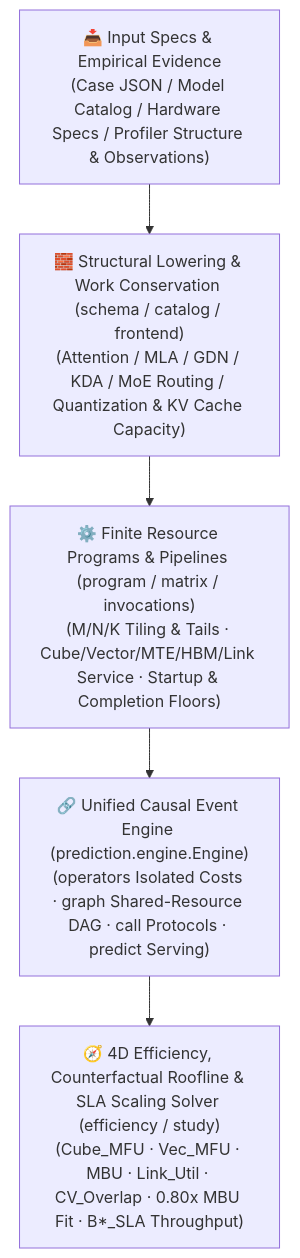
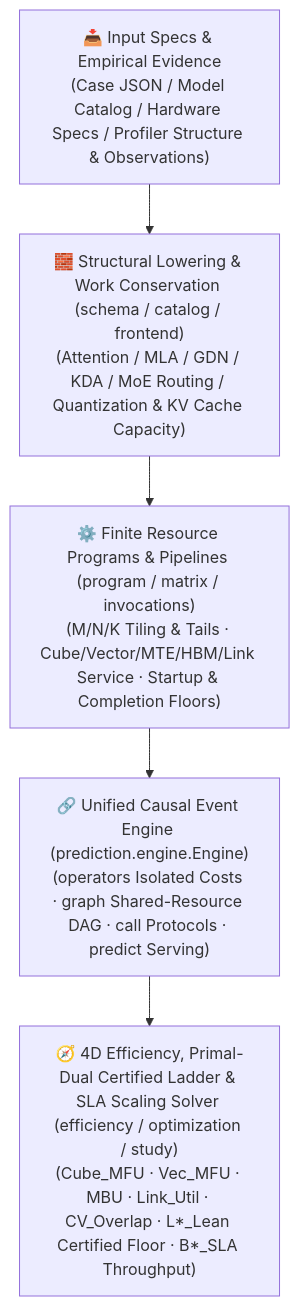
One commit to mindie-agent/sim changed the diagram in README.en.md. Above: the diagram before and after it, drawn with Mermaid. The commit also changed other lines of this file and 35 other files, not shown here.

````diff
--- a/README.en.md
+++ b/README.en.md
@@ -34,10 +34,10 @@
 ```mermaid
 flowchart TB
     Input["📥 Input Specs & Empirical Evidence<br/>(Case JSON / Model Catalog / Hardware Specs / Profiler Structure & Observations)"]
     Frontend["🧱 Structural Lowering & Work Conservation (schema / catalog / frontend)<br/>(Attention / MLA / GDN / KDA / MoE Routing / Quantization & KV Cache Capacity)"]
     Program["⚙️ Finite Resource Programs & Pipelines (program / matrix / invocations)<br/>(M/N/K Tiling & Tails · Cube/Vector/MTE/HBM/Link Service · Startup & Completion Floors)"]
     Engine["🔗 Unified Causal Event Engine (prediction.engine.Engine)<br/>(operators Isolated Costs · graph Shared-Resource DAG · call Protocols · predict Serving)"]
-    Analysis["🧭 4D Efficiency, Counterfactual Roofline & SLA Scaling Solver (efficiency / study)<br/>(Cube_MFU · Vec_MFU · MBU · Link_Util · CV_Overlap · 0.80x MBU Fit · B*_SLA Throughput)"]
+    Analysis["🧭 4D Efficiency, Primal-Dual Certified Ladder & SLA Scaling Solver (efficiency / optimization / study)<br/>(Cube_MFU · Vec_MFU · MBU · Link_Util · CV_Overlap · L*_Lean Certified Floor · B*_SLA Throughput)"]
 
     Input --> Frontend --> Program --> Engine --> Analysis
 ```
````
